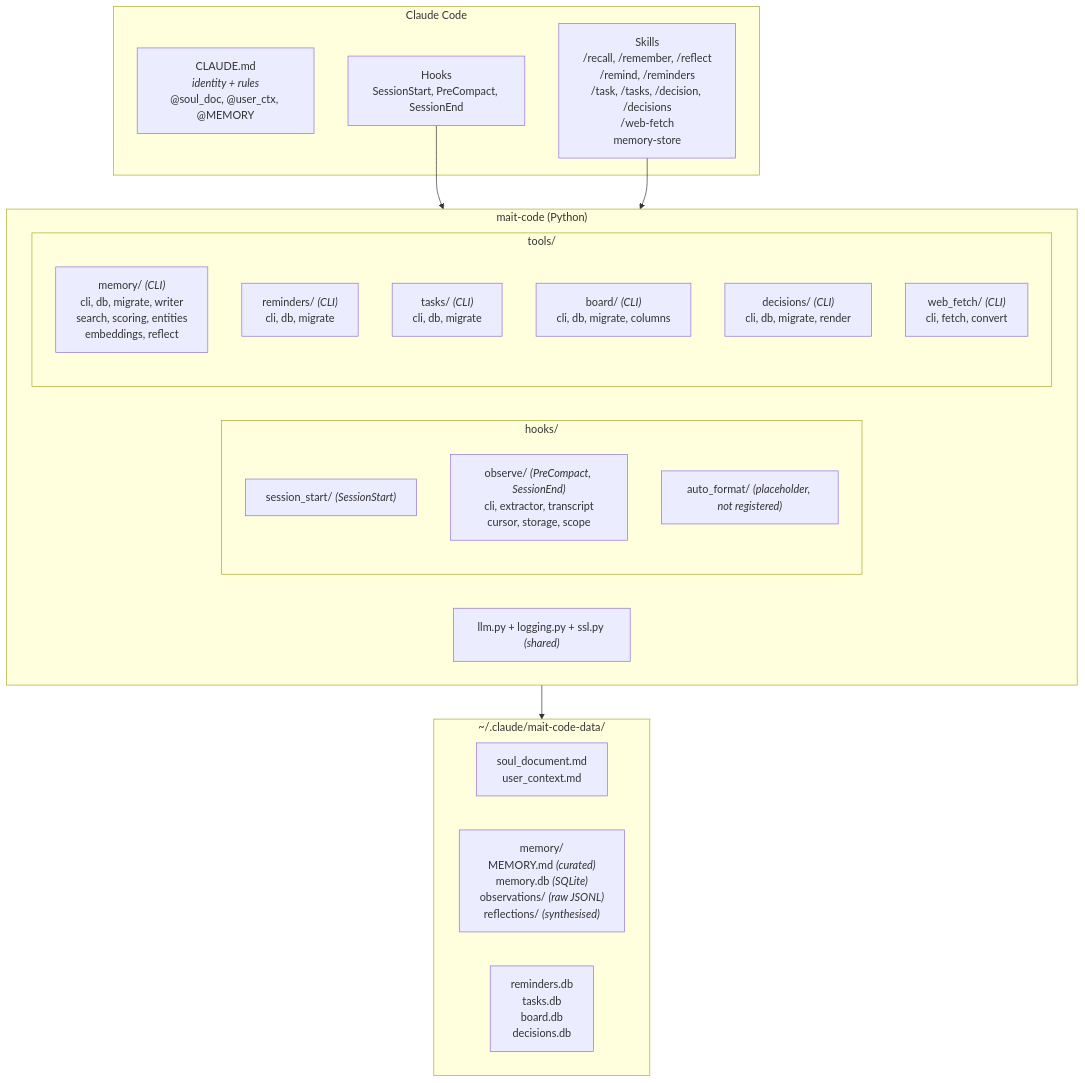
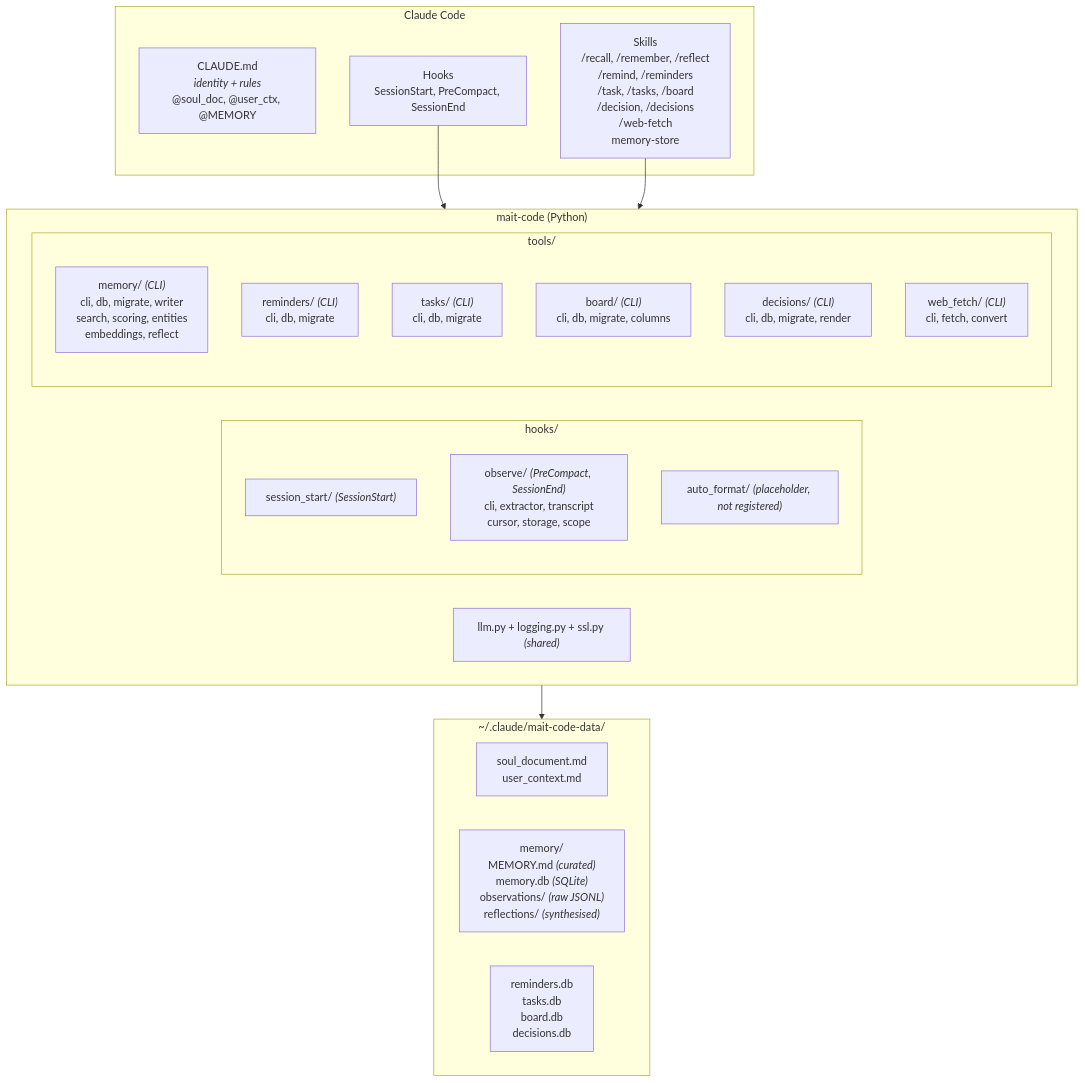
Before and after one commit to wiktordepina/mait-code: the first of 4 diagrams in docs/architecture.md, drawn with Mermaid. The commit also changed other lines of this file and 1 other file, not shown here.

Commit message:
docs(board): document the /board skill and session-start summary
Add the /board row + detail section + tree entry to the skills
reference, and note the board summary in the session_start hook
description and the skills node of the system diagram.

````diff
--- a/docs/architecture.md
+++ b/docs/architecture.md
@@ -14,35 +14,35 @@
 ```mermaid
 graph TD
     subgraph claude_code ["Claude Code"]
         CLAUDE_MD["CLAUDE.md<br/><i>identity + rules</i><br/>@soul_doc, @user_ctx, @MEMORY"]
         HOOKS["Hooks<br/>SessionStart, PreCompact, SessionEnd"]
-        SKILLS["Skills<br/>/recall, /remember, /reflect<br/>/remind, /reminders<br/>/task, /tasks, /decision, /decisions<br/>/web-fetch<br/>memory-store"]
+        SKILLS["Skills<br/>/recall, /remember, /reflect<br/>/remind, /reminders<br/>/task, /tasks, /board<br/>/decision, /decisions<br/>/web-fetch<br/>memory-store"]
     end
 
     subgraph mait_code ["mait-code (Python)"]
         subgraph hooks_pkg ["hooks/"]
             session_start["session_start/ <i>(SessionStart)</i>"]
             observe["observe/ <i>(PreCompact, SessionEnd)</i><br/>cli, extractor, transcript<br/>cursor, storage, scope"]
             auto_format["auto_format/ <i>(placeholder, not registered)</i>"]
         end
         subgraph tools_pkg ["tools/"]
             memory_tool["memory/ <i>(CLI)</i><br/>cli, db, migrate, writer<br/>search, scoring, entities<br/>embeddings, reflect"]
             reminders_tool["reminders/ <i>(CLI)</i><br/>cli, db, migrate"]
             tasks_tool["tasks/ <i>(CLI)</i><br/>cli, db, migrate"]
             board_tool["board/ <i>(CLI)</i><br/>cli, db, migrate, columns"]
             decisions_tool["decisions/ <i>(CLI)</i><br/>cli, db, migrate, render"]
             web_fetch_tool["web_fetch/ <i>(CLI)</i><br/>cli, fetch, convert"]
         end
         shared["llm.py + logging.py + ssl.py <i>(shared)</i>"]
     end
 
     subgraph data_dir ["~/.claude/mait-code-data/"]
         identity["soul_document.md<br/>user_context.md"]
         memory_store["memory/<br/>MEMORY.md <i>(curated)</i><br/>memory.db <i>(SQLite)</i><br/>observations/ <i>(raw JSONL)</i><br/>reflections/ <i>(synthesised)</i>"]
         other_dbs["reminders.db<br/>tasks.db<br/>board.db<br/>decisions.db"]
     end
 
     HOOKS --> mait_code
     SKILLS --> mait_code
     mait_code --> data_dir
 ```
````
